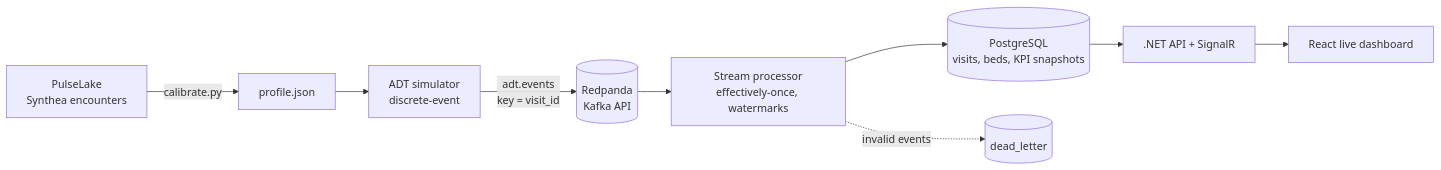
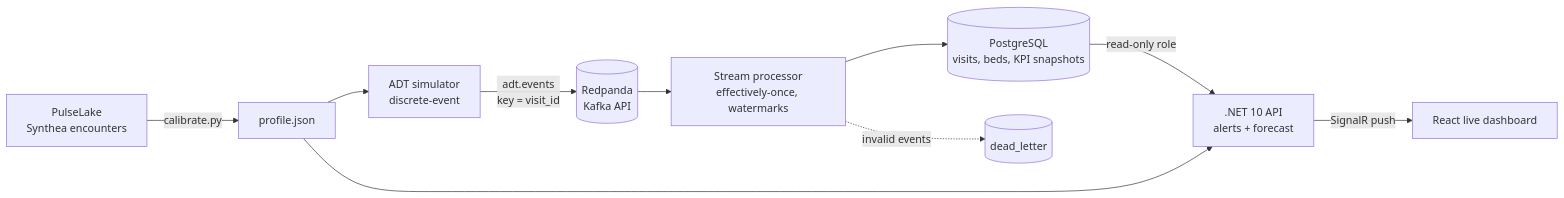
Before and after one commit to mcorthudayi/wardflow: the diagram in README.md, drawn with Mermaid. The commit also changed other lines of this file and 9 other files, not shown here.

````diff
--- a/README.md
+++ b/README.md
@@ -11,11 +15,12 @@
 ```mermaid
 flowchart LR
   P[PulseLake<br/>Synthea encounters] -->|calibrate.py| J[profile.json]
   J --> S[ADT simulator<br/>discrete-event]
   S -->|adt.events<br/>key = visit_id| K[(Redpanda<br/>Kafka API)]
   K --> C[Stream processor<br/>effectively-once, watermarks]
   C --> D[(PostgreSQL<br/>visits, beds, KPI snapshots)]
   C -.invalid events.-> Q[(dead_letter)]
-  D --> A[.NET API + SignalR]
-  A --> W[React live dashboard]
+  D -->|read-only role| A[.NET 10 API<br/>alerts + forecast]
+  J --> A
+  A -->|SignalR push| W[React live dashboard]
 ```
````
